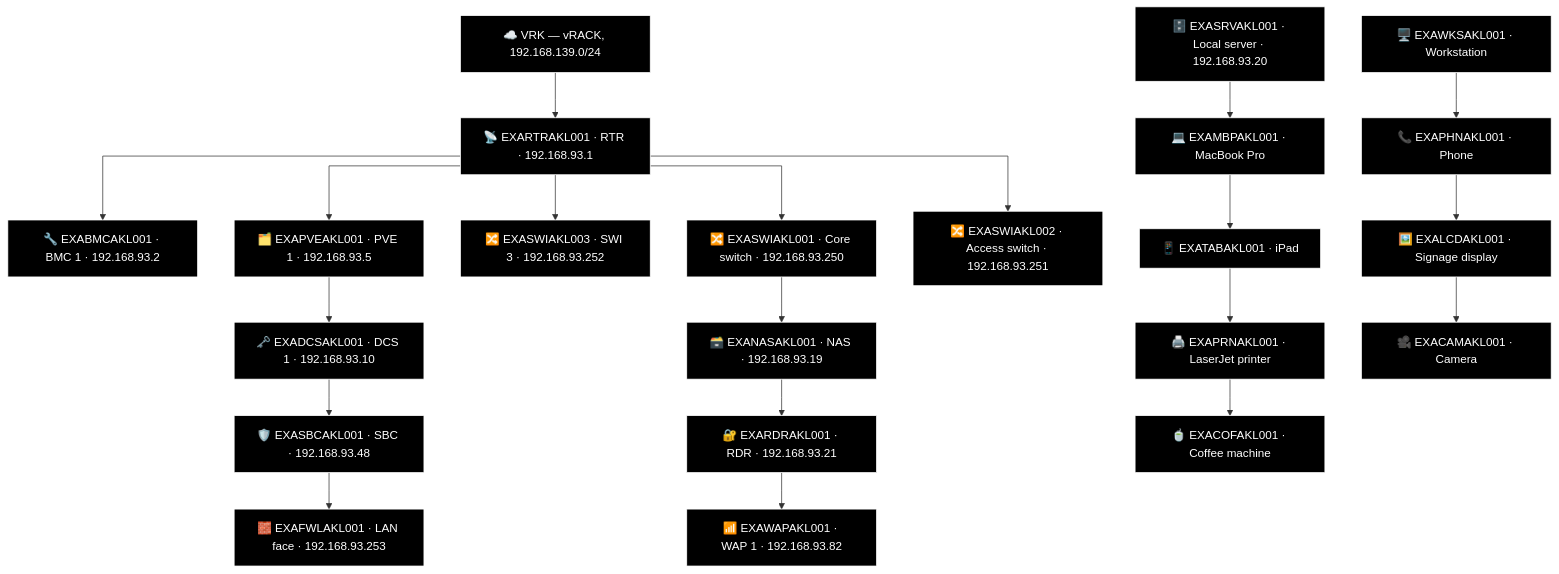
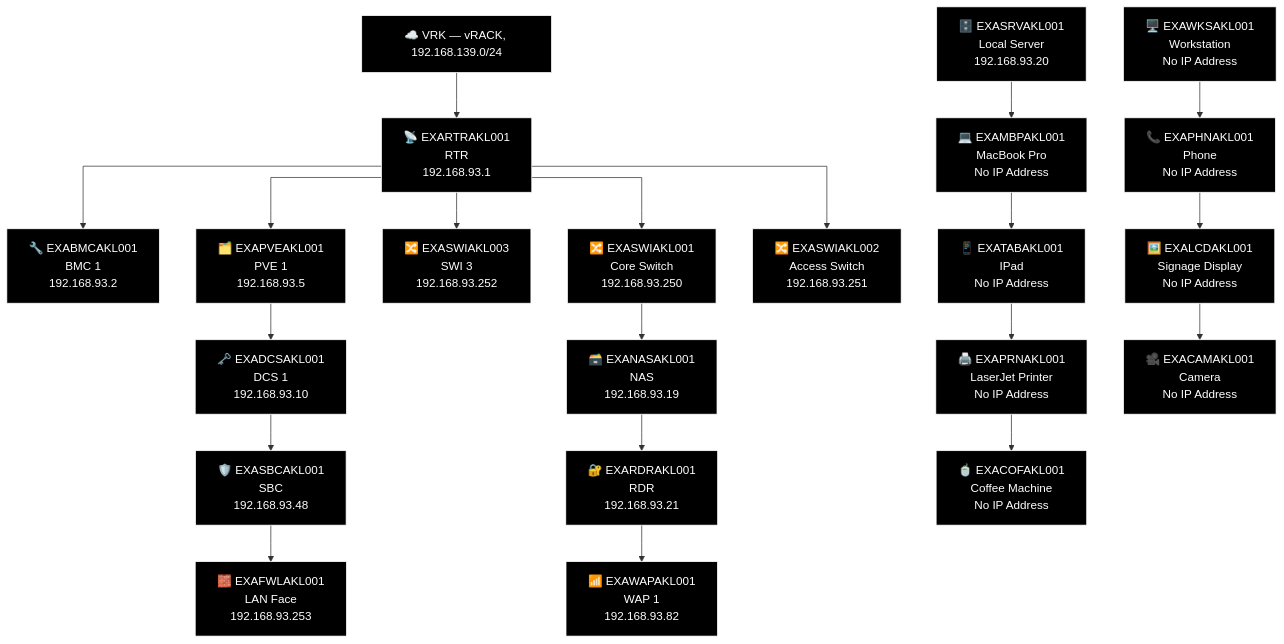
Before and after one commit to knightmare2600/example_music_infra: the second of 2 diagrams in docs/network-diagram/new-zealand.md, drawn with Mermaid. The commit also changed 18 other files, not shown here.

````diff
--- a/docs/network-diagram/new-zealand.md
+++ b/docs/network-diagram/new-zealand.md
@@ -58,60 +58,60 @@
 ```mermaid
 %% GENERATED:TOPOLOGY:AKL:START
 %%{init: {'flowchart': {'curve': 'stepAfter'}}}%%
 graph TD
     T_VRK["☁️ VRK — vRACK, 192.168.139.0/24"]
-    T_RTR["📡 EXARTRAKL001 · RTR · 192.168.93.1"]
+    T_RTR["📡 EXARTRAKL001<br/>RTR<br/>192.168.93.1"]
     T_VRK --> T_RTR
-    T_BMC["🔧 EXABMCAKL001 · BMC 1 · 192.168.93.2"]
+    T_BMC["🔧 EXABMCAKL001<br/>BMC 1<br/>192.168.93.2"]
     T_RTR --> T_BMC
-    T_PVE["🗂️ EXAPVEAKL001 · PVE 1 · 192.168.93.5"]
+    T_PVE["🗂️ EXAPVEAKL001<br/>PVE 1<br/>192.168.93.5"]
     T_RTR --> T_PVE
-    T_SWI["🔀 EXASWIAKL003 · SWI 3 · 192.168.93.252"]
+    T_SWI["🔀 EXASWIAKL003<br/>SWI 3<br/>192.168.93.252"]
     T_RTR --> T_SWI
-    T_SWI2["🔀 EXASWIAKL001 · Core switch · 192.168.93.250"]
+    T_SWI2["🔀 EXASWIAKL001<br/>Core Switch<br/>192.168.93.250"]
     T_RTR --> T_SWI2
-    T_SWI3["🔀 EXASWIAKL002 · Access switch · 192.168.93.251"]
+    T_SWI3["🔀 EXASWIAKL002<br/>Access Switch<br/>192.168.93.251"]
     T_RTR --> T_SWI3
-    T_NAS["🗃️ EXANASAKL001 · NAS · 192.168.93.19"]
-    T_RDR["🔐 EXARDRAKL001 · RDR · 192.168.93.21"]
-    T_WAP["📶 EXAWAPAKL001 · WAP 1 · 192.168.93.82"]
+    T_NAS["🗃️ EXANASAKL001<br/>NAS<br/>192.168.93.19"]
+    T_RDR["🔐 EXARDRAKL001<br/>RDR<br/>192.168.93.21"]
+    T_WAP["📶 EXAWAPAKL001<br/>WAP 1<br/>192.168.93.82"]
     T_SWI2 --> T_NAS --> T_RDR --> T_WAP
-    T_DCS["🗝️ EXADCSAKL001 · DCS 1 · 192.168.93.10"]
-    T_SBC["🛡️ EXASBCAKL001 · SBC · 192.168.93.48"]
-    T_FWL["🧱 EXAFWLAKL001 · LAN face · 192.168.93.253"]
+    T_DCS["🗝️ EXADCSAKL001<br/>DCS 1<br/>192.168.93.10"]
+    T_SBC["🛡️ EXASBCAKL001<br/>SBC<br/>192.168.93.48"]
+    T_FWL["🧱 EXAFWLAKL001<br/>LAN Face<br/>192.168.93.253"]
     T_PVE --> T_DCS --> T_SBC --> T_FWL
-    T_SRV["🗄️ EXASRVAKL001 · Local server · 192.168.93.20"]
-    T_WKS["🖥️ EXAWKSAKL001 · Workstation"]
-    T_MBP["💻 EXAMBPAKL001 · MacBook Pro"]
-    T_PHN["📞 EXAPHNAKL001 · Phone"]
-    T_TAB["📱 EXATABAKL001 · iPad"]
-    T_LCD["🖼️ EXALCDAKL001 · Signage display"]
-    T_PRN["🖨️ EXAPRNAKL001 · LaserJet printer"]
-    T_CAM["🎥 EXACAMAKL001 · Camera"]
-    T_COF["🍵 EXACOFAKL001 · Coffee machine"]
+    T_SRV["🗄️ EXASRVAKL001<br/>Local Server<br/>192.168.93.20"]
+    T_WKS["🖥️ EXAWKSAKL001<br/>Workstation<br/>No IP Address"]
+    T_MBP["💻 EXAMBPAKL001<br/>MacBook Pro<br/>No IP Address"]
+    T_PHN["📞 EXAPHNAKL001<br/>Phone<br/>No IP Address"]
+    T_TAB["📱 EXATABAKL001<br/>IPad<br/>No IP Address"]
+    T_LCD["🖼️ EXALCDAKL001<br/>Signage Display<br/>No IP Address"]
+    T_PRN["🖨️ EXAPRNAKL001<br/>LaserJet Printer<br/>No IP Address"]
+    T_CAM["🎥 EXACAMAKL001<br/>Camera<br/>No IP Address"]
+    T_COF["🍵 EXACOFAKL001<br/>Coffee Machine<br/>No IP Address"]
     T_SRV --> T_MBP --> T_TAB --> T_PRN --> T_COF
     T_WKS --> T_PHN --> T_LCD --> T_CAM
     style T_VRK fill:#000000,stroke:#FFFFFF,color:#FFFFFF
     style T_RTR fill:#000000,stroke:#FFFFFF,color:#FFFFFF
     style T_BMC fill:#000000,stroke:#FFFFFF,color:#FFFFFF
     style T_PVE fill:#000000,stroke:#FFFFFF,color:#FFFFFF
     style T_SWI fill:#000000,stroke:#FFFFFF,color:#FFFFFF
     style T_SWI2 fill:#000000,stroke:#FFFFFF,color:#FFFFFF
     style T_SWI3 fill:#000000,stroke:#FFFFFF,color:#FFFFFF
     style T_NAS fill:#000000,stroke:#FFFFFF,color:#FFFFFF
     style T_RDR fill:#000000,stroke:#FFFFFF,color:#FFFFFF
     style T_WAP fill:#000000,stroke:#FFFFFF,color:#FFFFFF
     style T_DCS fill:#000000,stroke:#FFFFFF,color:#FFFFFF
     style T_SBC fill:#000000,stroke:#FFFFFF,color:#FFFFFF
     style T_FWL fill:#000000,stroke:#FFFFFF,color:#FFFFFF
     style T_SRV fill:#000000,stroke:#FFFFFF,color:#FFFFFF
     style T_WKS fill:#000000,stroke:#FFFFFF,color:#FFFFFF
     style T_MBP fill:#000000,stroke:#FFFFFF,color:#FFFFFF
     style T_PHN fill:#000000,stroke:#FFFFFF,color:#FFFFFF
     style T_TAB fill:#000000,stroke:#FFFFFF,color:#FFFFFF
     style T_LCD fill:#000000,stroke:#FFFFFF,color:#FFFFFF
     style T_PRN fill:#000000,stroke:#FFFFFF,color:#FFFFFF
     style T_CAM fill:#000000,stroke:#FFFFFF,color:#FFFFFF
     style T_COF fill:#000000,stroke:#FFFFFF,color:#FFFFFF
 %% GENERATED:TOPOLOGY:AKL:END
 ```
````
